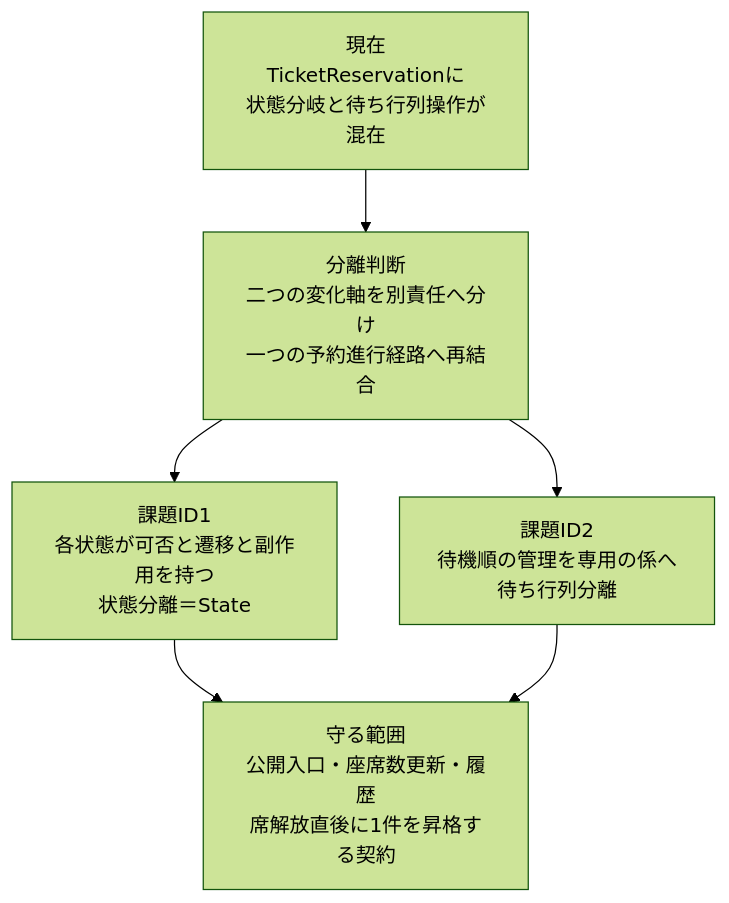
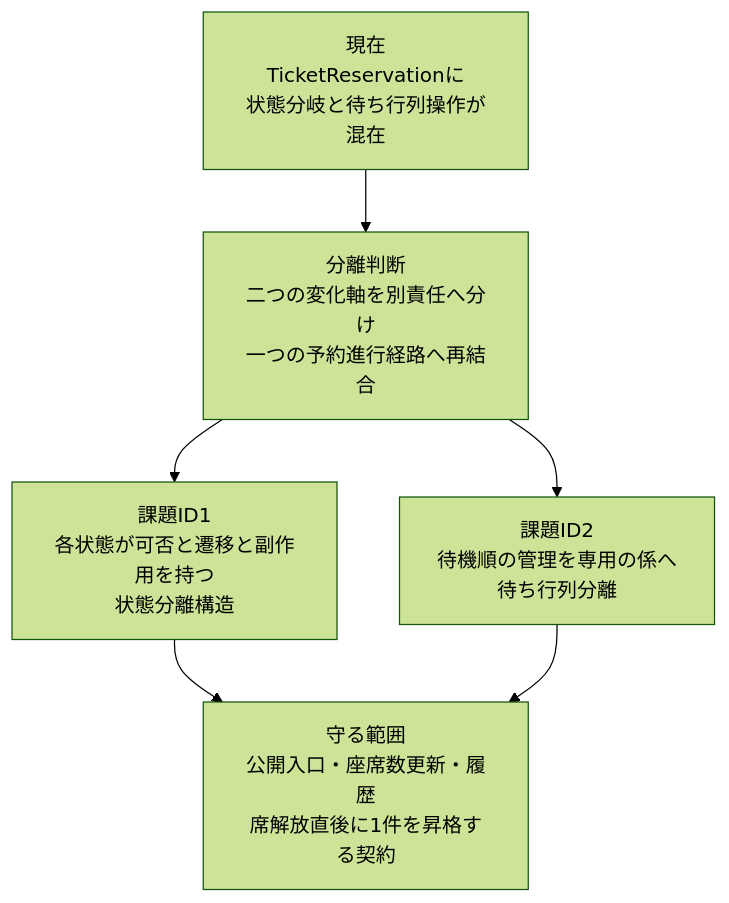
One commit to kumachan1101-pixel/DesignPattern changed the tenth of 22 diagrams in kindle/design-patterns/output/chapter03.md. Above: the diagram before and after it, drawn with Mermaid (forest theme). The commit also changed other lines of this file and 24 other files, not shown here.

Commit message:
docs: 問題から導く構成とクラス図説明を整合

````diff
--- a/kindle/design-patterns/output/chapter03.md
+++ b/kindle/design-patterns/output/chapter03.md
@@ -1422,8 +1420,8 @@
 ```mermaid
 flowchart TB
     A[現在<br/>TicketReservationに<br/>状態分岐と待ち行列操作が混在] --> B[分離判断<br/>二つの変化軸を別責任へ分け<br/>一つの予約進行経路へ再結合]
-    B --> C[課題ID1<br/>各状態が可否と遷移と副作用を持つ<br/>状態分離＝State]
+    B --> C[課題ID1<br/>各状態が可否と遷移と副作用を持つ<br/>状態分離構造]
     B --> D[課題ID2<br/>待機順の管理を専用の係へ<br/>待ち行列分離]
     C --> E[守る範囲<br/>公開入口・座席数更新・履歴<br/>席解放直後に1件を昇格する契約]
     D --> E
 ```
````
